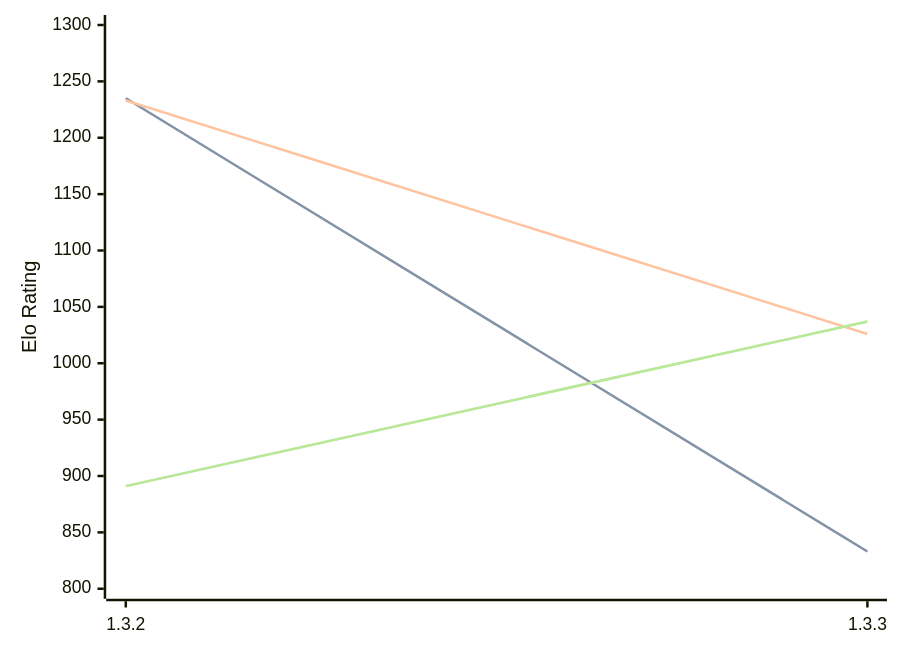
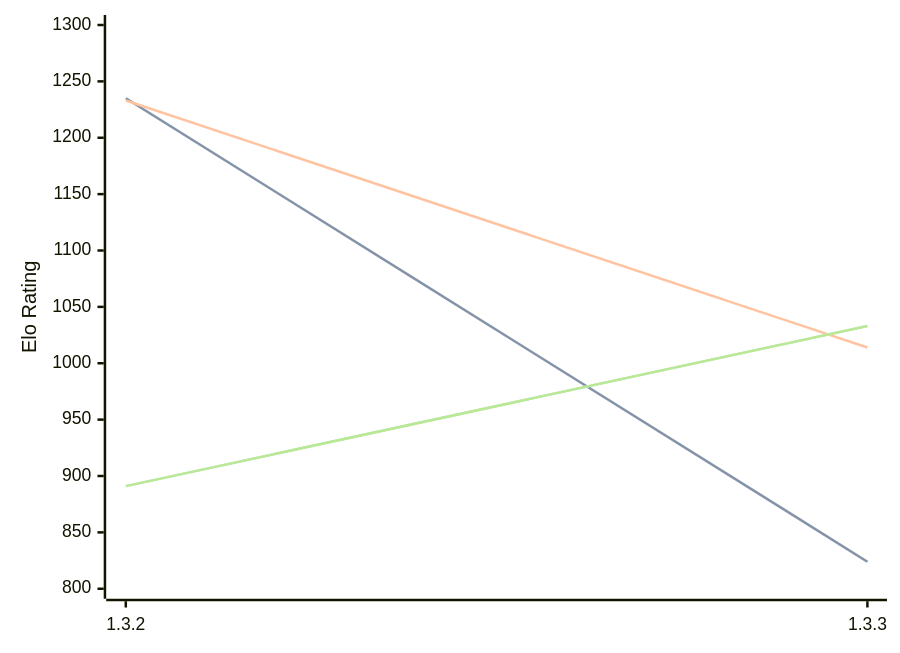
The diagram in engines/Whitespine.md (computer-chess-index/cci), drawn with Mermaid before and after one commit. The commit also changed other lines of this file, not shown here.

Commit message:
Update CCI Ratings (ELO VLTC) - 2026-04-07

````diff
--- a/engines/Whitespine.md
+++ b/engines/Whitespine.md
@@ -35,11 +35,11 @@
 ```mermaid
 %%{init: {"theme":"base","themeVariables":{"seriesColors:['#a3a3a3','#222221','#faa371']}}}%%
 xychart-beta
   x-axis ["1.3.2", "1.3.3"]
   y-axis "Elo Rating" 800 --> 1300
-  line "STC (8.0+0.08s)" [1235, 833]
-  line "STC (8.0+0.08s)" [1235, 833]
-  line "LTC (60.0+0.60s)" [1233, 1026]
-  line "VLTC (2m24s+1.12s)" [891, 1037]
-  line "VLTC (2m24s+1.12s)" [891, 1037]
+  line "STC (8.0+0.08s)" [1235, 824]
+  line "STC (8.0+0.08s)" [1235, 824]
+  line "LTC (60.0+0.60s)" [1233, 1014]
+  line "VLTC (2m24s+1.12s)" [891, 1033]
+  line "VLTC (2m24s+1.12s)" [891, 1033]
 ```
````
